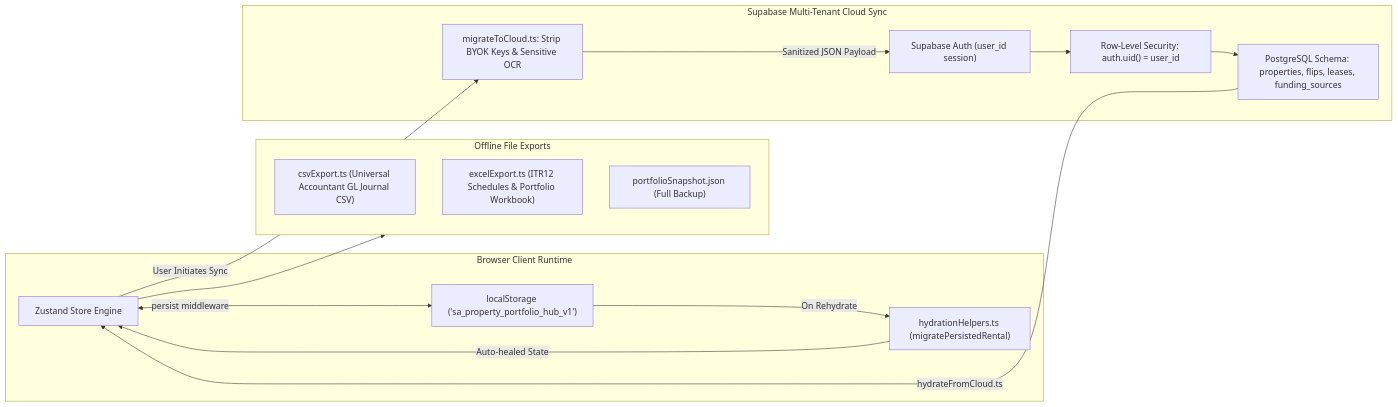
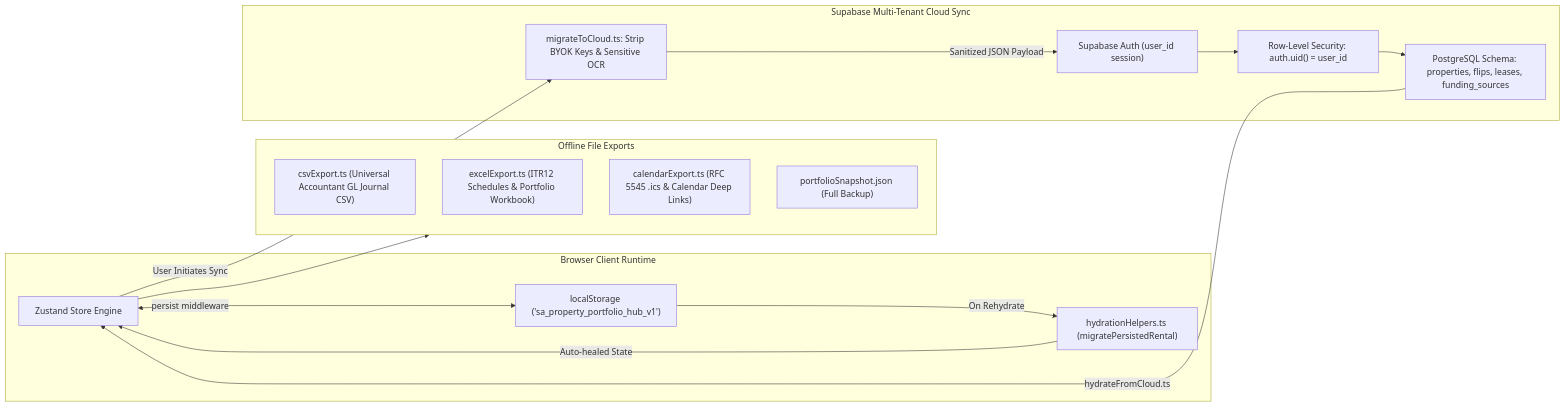
One commit to morokakk/sa-property-hub changed the sixth of 7 diagrams in ARCHITECTURE.md. Above: the diagram before and after it, drawn with Mermaid. The commit also changed 4 other files, not shown here.

Commit message:
docs: update architecture, readme, changelog, and get started guide for calendar export

````diff
--- a/ARCHITECTURE.md
+++ b/ARCHITECTURE.md
@@ -350,33 +350,34 @@
 ```mermaid
 flowchart LR
   subgraph ClientRuntime["Browser Client Runtime"]
     ZUSTAND["Zustand Store Engine"]
     LOCAL["localStorage ('sa_property_portfolio_hub_v1')"]
     AUTO_HEAL["hydrationHelpers.ts (migratePersistedRental)"]
   end
 
   subgraph ExportEngine["Offline File Exports"]
     CSV_EXP["csvExport.ts (Universal Accountant GL Journal CSV)"]
     EXCEL_EXP["excelExport.ts (ITR12 Schedules & Portfolio Workbook)"]
+    ICS_EXP["calendarExport.ts (RFC 5545 .ics & Calendar Deep Links)"]
     JSON_SNAP["portfolioSnapshot.json (Full Backup)"]
   end
 
   subgraph CloudSync["Supabase Multi-Tenant Cloud Sync"]
     AUTH["Supabase Auth (user_id session)"]
     RLS["Row-Level Security: auth.uid() = user_id"]
     SANITIZE["migrateToCloud.ts: Strip BYOK Keys & Sensitive OCR"]
     TABLES["PostgreSQL Schema: properties, flips, leases, funding_sources"]
   end
 
   ZUSTAND <-->|"persist middleware"| LOCAL
   LOCAL -->|"On Rehydrate"| AUTO_HEAL
   AUTO_HEAL -->|"Auto-healed State"| ZUSTAND
 
   ZUSTAND --> ExportEngine
 
   ZUSTAND -->|"User Initiates Sync"| SANITIZE
   SANITIZE -->|"Sanitized JSON Payload"| AUTH
   AUTH --> RLS
   RLS --> TABLES
   TABLES -->|"hydrateFromCloud.ts"| ZUSTAND
 ```
````
